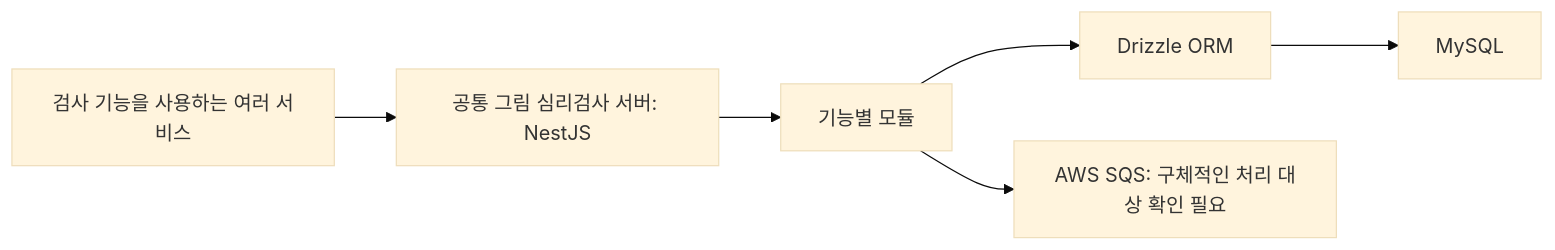
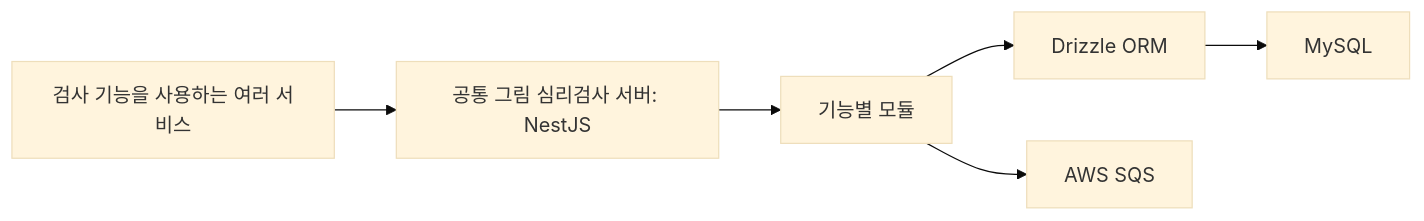
Before and after one commit to KimHG1995/work-history: the diagram in projects/education-services/assessment-renewal.md, drawn with Mermaid (base theme). The commit also changed other lines of this file, not shown here.

````diff
--- a/projects/education-services/assessment-renewal.md
+++ b/projects/education-services/assessment-renewal.md
@@ -54,8 +51,8 @@
 ```mermaid
 flowchart LR
     services["검사 기능을 사용하는 여러 서비스"] --> server["공통 그림 심리검사 서버: NestJS"]
     server --> modules["기능별 모듈"]
     modules --> orm["Drizzle ORM"]
     orm --> db["MySQL"]
-    modules --> queue["AWS SQS: 구체적인 처리 대상 확인 필요"]
+    modules --> queue["AWS SQS"]
 ```
````
